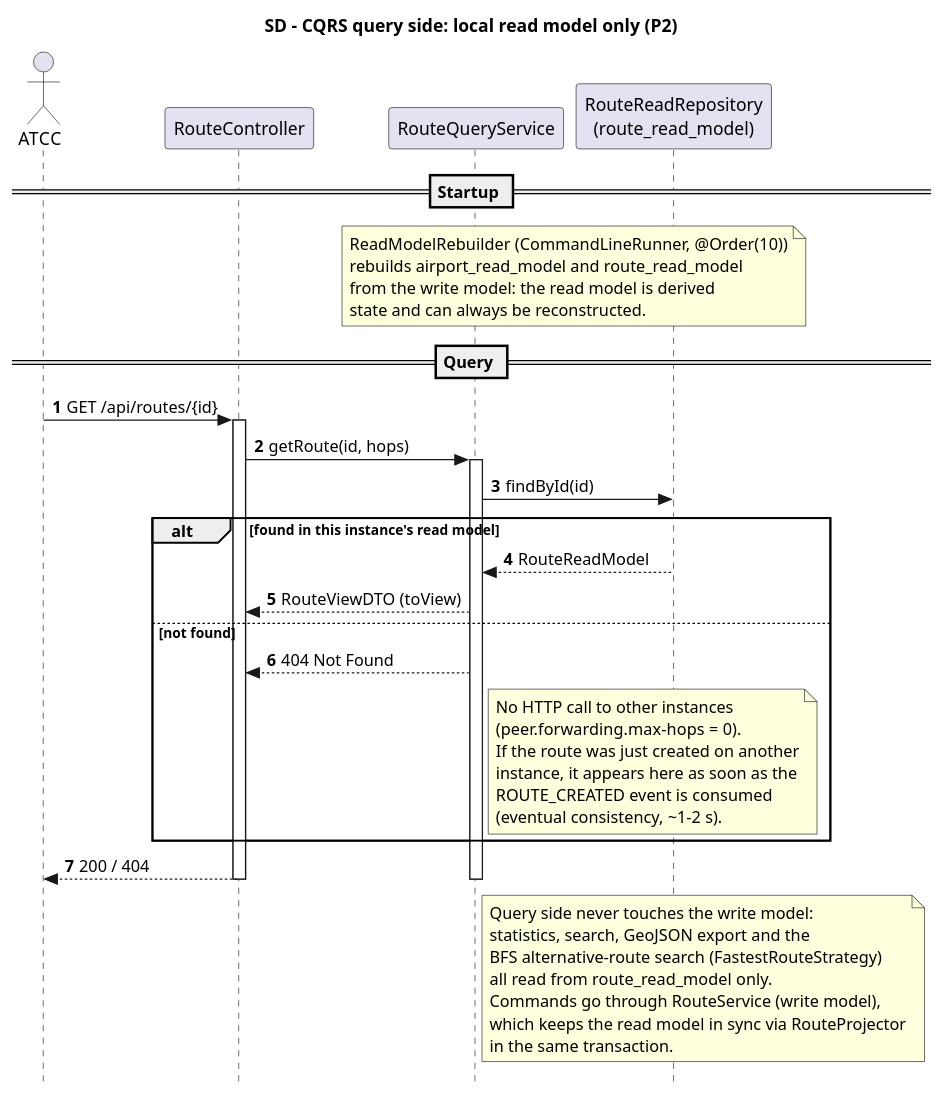
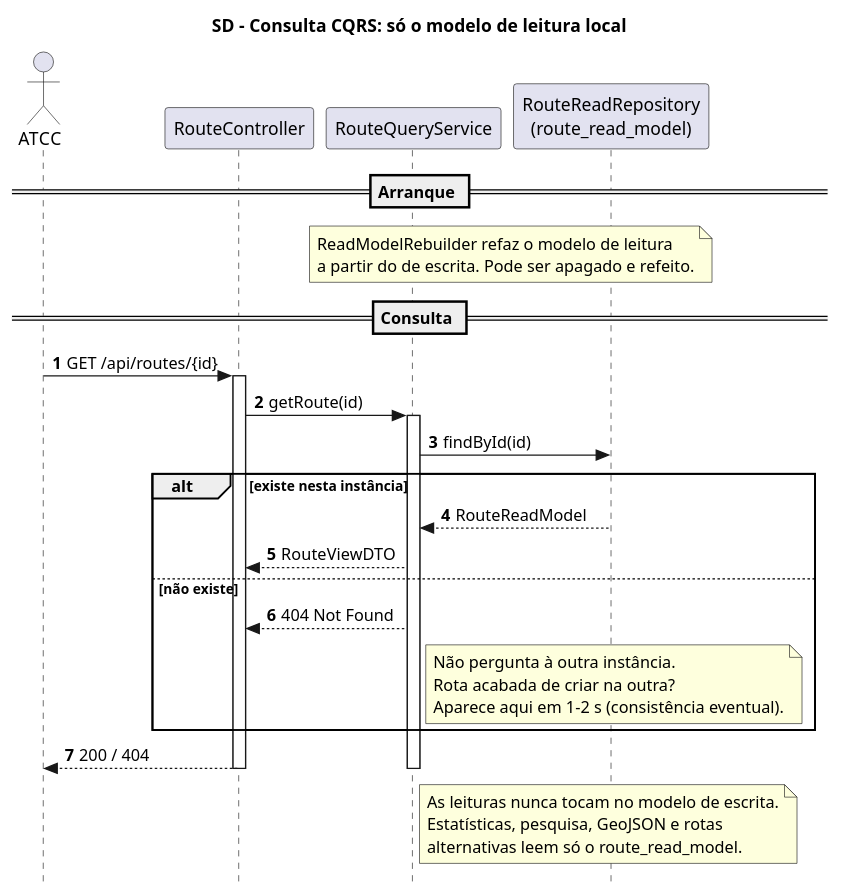
One commit to anamartasilvaa/SIDIG_AI_Safe changed the diagram in Services/Airport e Routes/airports-routes-service/docs/E2/sd-cqrs-query-read-model.puml. Above: the diagram before and after it, drawn with PlantUML. The commit also changed 31 other files, not shown here.

Commit message:
Airports: snapshot no arranque com BD vazia, 503 com BD em baixo, diagramas e READMEs da Entrega 2 atualizados

```diff
--- a/Services/Airport e Routes/airports-routes-service/docs/E2/sd-cqrs-query-read-model.puml
+++ b/Services/Airport e Routes/airports-routes-service/docs/E2/sd-cqrs-query-read-model.puml
@@ -1,52 +1,43 @@
 @startuml sd-cqrs-query-read-model
 skinparam style strictuml
 autonumber
-title SD - CQRS query side: local read model only (P2)
+title SD - Consulta CQRS: só o modelo de leitura local
 
 actor "ATCC" as User
 participant "RouteController" as Ctrl
 participant "RouteQueryService" as Query
 participant "RouteReadRepository\n(route_read_model)" as RM
 
-== Startup ==
+== Arranque ==
 note over Query, RM
-  ReadModelRebuilder (CommandLineRunner, @Order(10))
-  rebuilds airport_read_model and route_read_model
-  from the write model: the read model is derived
-  state and can always be reconstructed.
+  ReadModelRebuilder refaz o modelo de leitura
+  a partir do de escrita. Pode ser apagado e refeito.
 end note
 
-== Query ==
+== Consulta ==
 User -> Ctrl : GET /api/routes/{id}
 activate Ctrl
-Ctrl -> Query : getRoute(id, hops)
+Ctrl -> Query : getRoute(id)
 activate Query
 Query -> RM : findById(id)
-alt found in this instance's read model
+alt existe nesta instância
     RM --> Query : RouteReadModel
-    Query --> Ctrl : RouteViewDTO (toView)
-else not found
+    Query --> Ctrl : RouteViewDTO
+else não existe
     Query --> Ctrl : 404 Not Found
     note right of Query
-      No HTTP call to other instances
-      (peer.forwarding.max-hops = 0).
-      If the route was just created on another
-      instance, it appears here as soon as the
-      ROUTE_CREATED event is consumed
-      (eventual consistency, ~1-2 s).
+      Não pergunta à outra instância.
+      Rota acabada de criar na outra?
+      Aparece aqui em 1-2 s (consistência eventual).
     end note
 end
 Ctrl --> User : 200 / 404
 deactivate Query
 deactivate Ctrl
 
 note right of Query
-  Query side never touches the write model:
-  statistics, search, GeoJSON export and the
-  BFS alternative-route search (FastestRouteStrategy)
-  all read from route_read_model only.
-  Commands go through RouteService (write model),
-  which keeps the read model in sync via RouteProjector
-  in the same transaction.
+  As leituras nunca tocam no modelo de escrita.
+  Estatísticas, pesquisa, GeoJSON e rotas
+  alternativas leem só o route_read_model.
 end note
 @enduml
```
